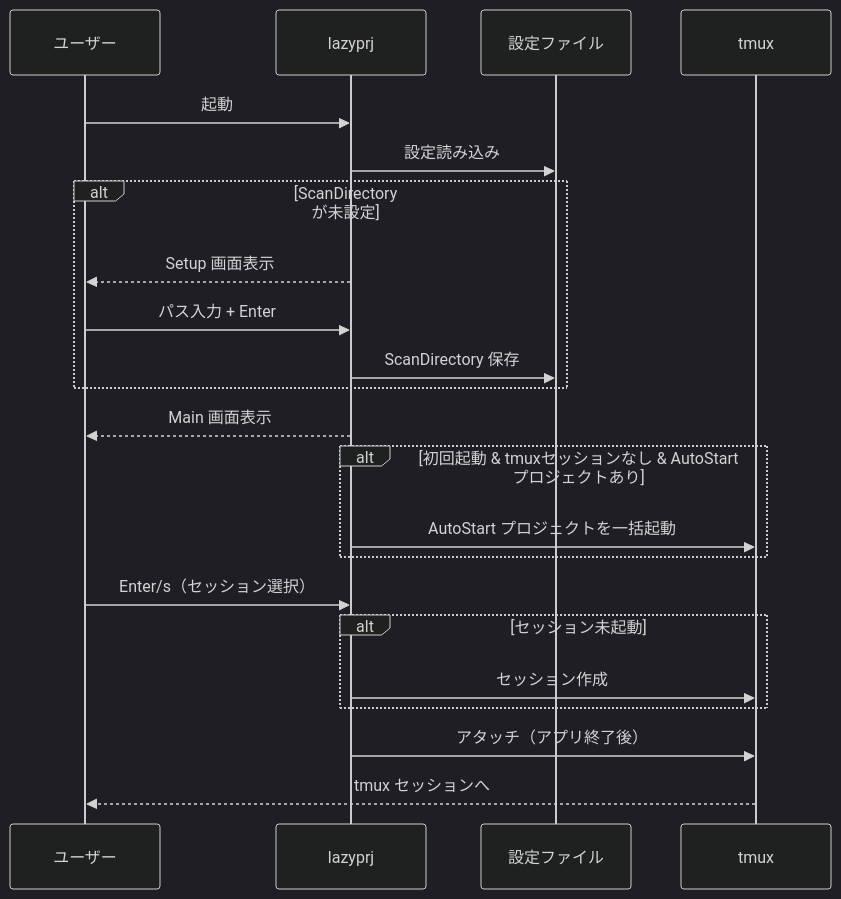
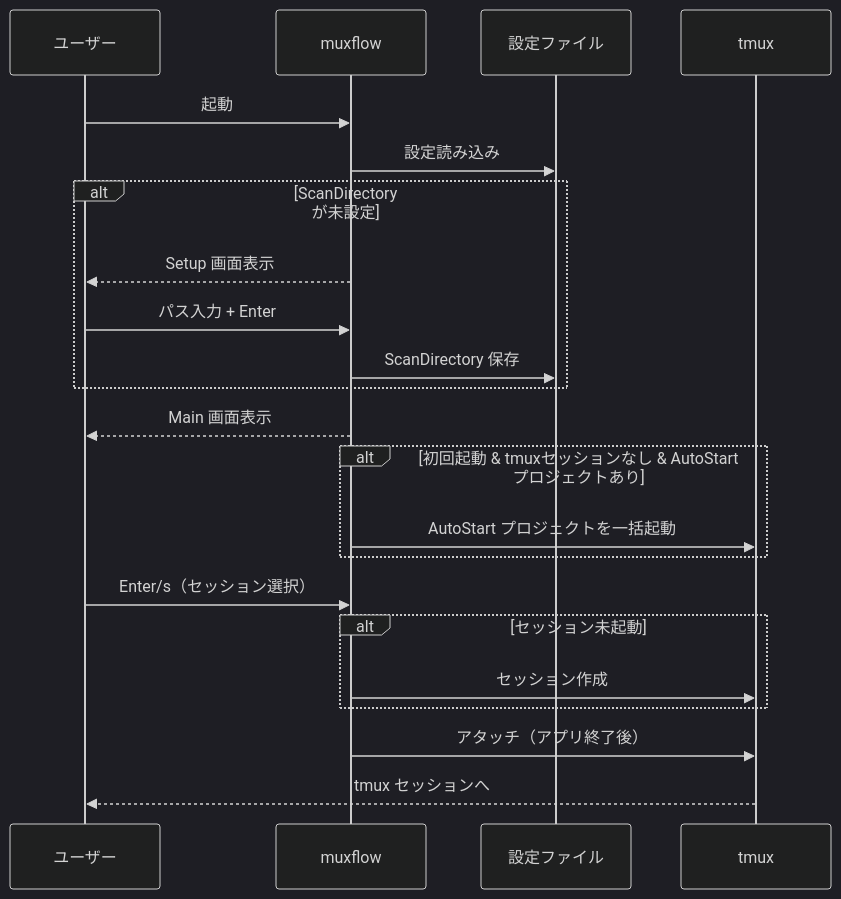
One commit to masaway/lazyprj changed the eighth of 8 diagrams in documents/screen-flow.md. Above: the diagram before and after it, drawn with Mermaid (dark theme). The commit also changed other lines of this file and 17 other files, not shown here.

Commit message:
Rename project from lazyprj to muxflow

````diff
--- a/documents/screen-flow.md
+++ b/documents/screen-flow.md
@@ -156,25 +156,25 @@
 ```mermaid
 sequenceDiagram
     participant User as ユーザー
-    participant App as lazyprj
+    participant App as muxflow
     participant Config as 設定ファイル
     participant Tmux as tmux
 
     User->>App: 起動
     App->>Config: 設定読み込み
     alt ScanDirectory が未設定
         App-->>User: Setup 画面表示
         User->>App: パス入力 + Enter
         App->>Config: ScanDirectory 保存
     end
     App-->>User: Main 画面表示
     alt 初回起動 & tmuxセッションなし & AutoStart プロジェクトあり
         App->>Tmux: AutoStart プロジェクトを一括起動
     end
     User->>App: Enter/s（セッション選択）
     alt セッション未起動
         App->>Tmux: セッション作成
     end
     App->>Tmux: アタッチ（アプリ終了後）
     Tmux-->>User: tmux セッションへ
 ```
````
